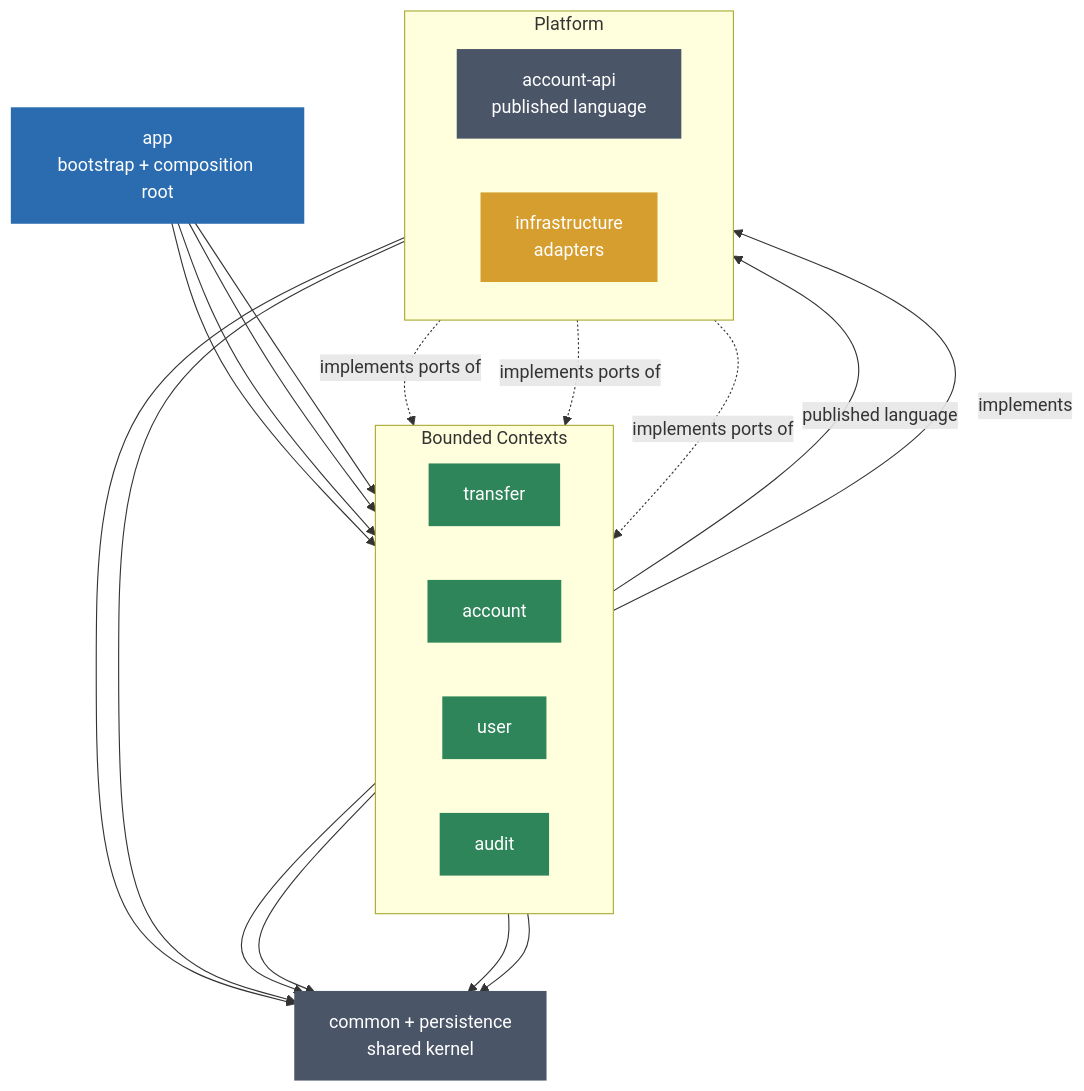
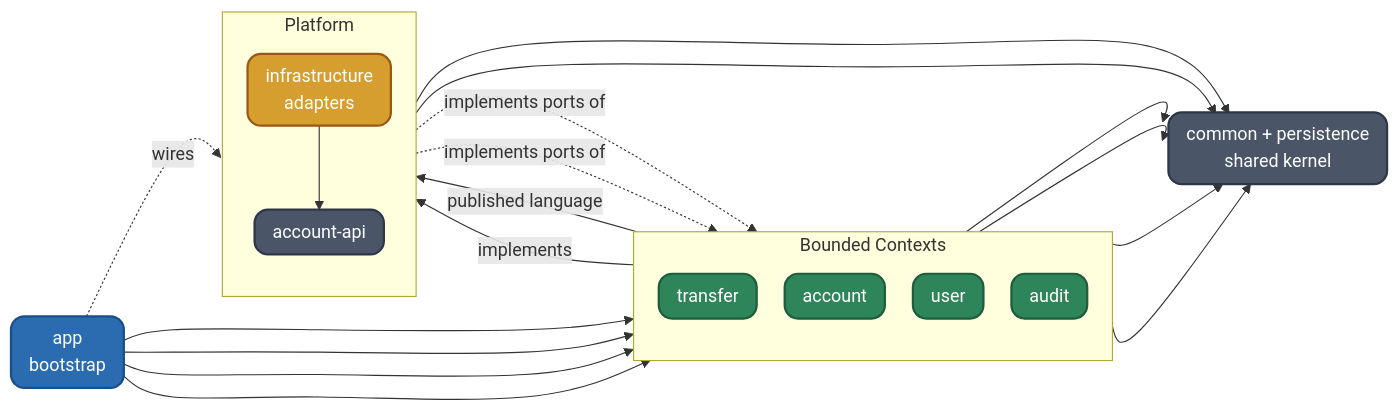
The diagram in readme.md (BerkanApaydin/core-banking), drawn with Mermaid before and after one commit. The commit also changed other lines of this file, not shown here.

Commit message:
docs: sync readme with current architecture and trim details

````diff
--- a/readme.md
+++ b/readme.md
@@ -54,34 +63,35 @@
 ```mermaid
-%%{init: {'flowchart': {'rankSpacing': 70, 'nodeSpacing': 50, 'curve': 'basis'}}}%%
-graph TB
-    classDef boot fill:#2B6CB0,stroke:#2B6CB0,color:#fff,stroke-width:2px;
-    classDef ctx fill:#2F855A,stroke:#2F855A,color:#fff,stroke-width:2px;
-    classDef plat fill:#4A5568,stroke:#4A5568,color:#fff,stroke-width:2px;
-    classDef infraC fill:#D69E2E,stroke:#D69E2E,color:#fff,stroke-width:2px;
+%%{init: {'flowchart': {'rankSpacing': 0, 'nodeSpacing': 25, 'curve': 'natural', 'padding': 0}}}%%
+graph LR
+    classDef boot fill:#2B6CB0,stroke:#1A4E8A,color:#fff,stroke-width:2px,rx:12,ry:12;
+    classDef ctx fill:#2F855A,stroke:#1F5C3D,color:#fff,stroke-width:2px,rx:12,ry:12;
+    classDef plat fill:#4A5568,stroke:#2D3748,color:#fff,stroke-width:2px,rx:12,ry:12;
+    classDef infraC fill:#D69E2E,stroke:#975A16,color:#fff,stroke-width:2px,rx:12,ry:12;
 
-    app[app<br/>bootstrap + composition root]:::boot
+    app[app<br/>bootstrap]:::boot
 
     subgraph contexts[Bounded Contexts]
-        direction LR
+        direction TB
         transfer[transfer]:::ctx
         account[account]:::ctx
         user[user]:::ctx
         audit[audit]:::ctx
     end
 
     subgraph platform[Platform]
-        direction LR
-        api[account-api<br/>published language]:::plat
+        direction TB
+        api[account-api]:::plat
         infra[infrastructure<br/>adapters]:::infraC
     end
 
     shared[common + persistence<br/>shared kernel]:::plat
 
     app --> transfer & account & user & audit
+    app -. wires .-> infra
     transfer -- published language --> api
     account -- implements --> api
     transfer & account & user & audit --> shared
     api --> shared
-    infra --> shared
-    infra -. implements ports of .-> transfer & user & audit
+    infra --> shared & api
+    infra -. implements ports of .-> user & audit
 ```
````
